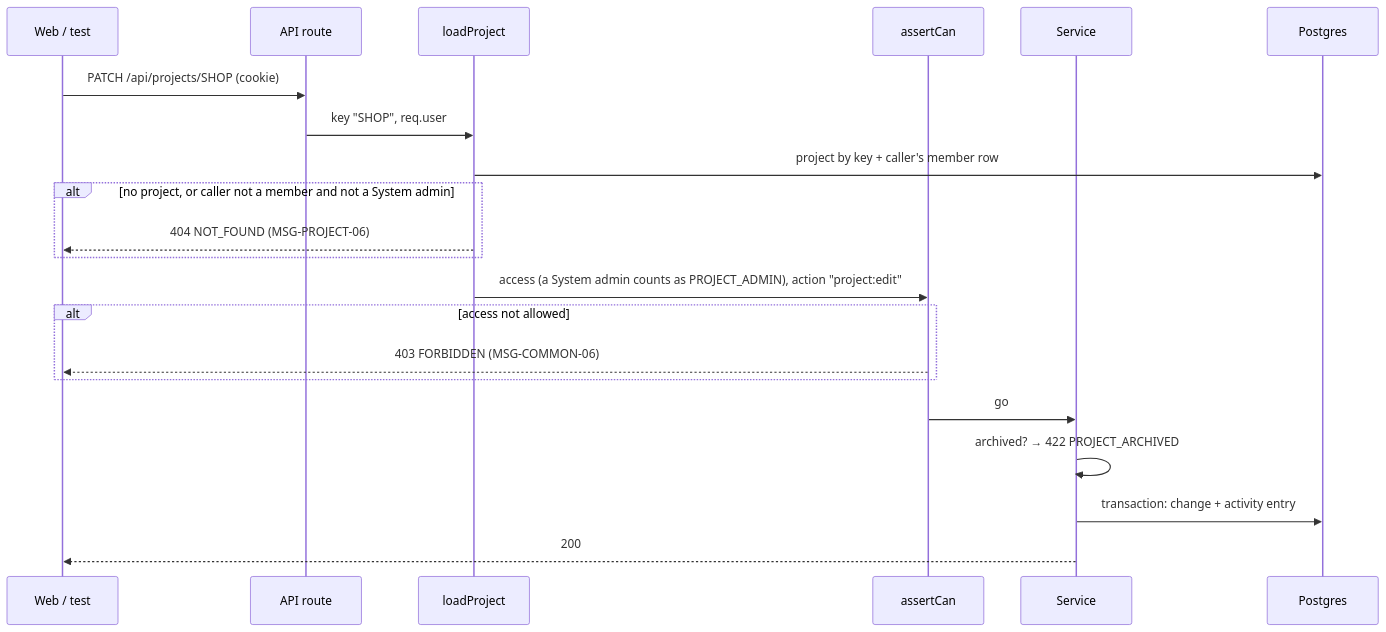
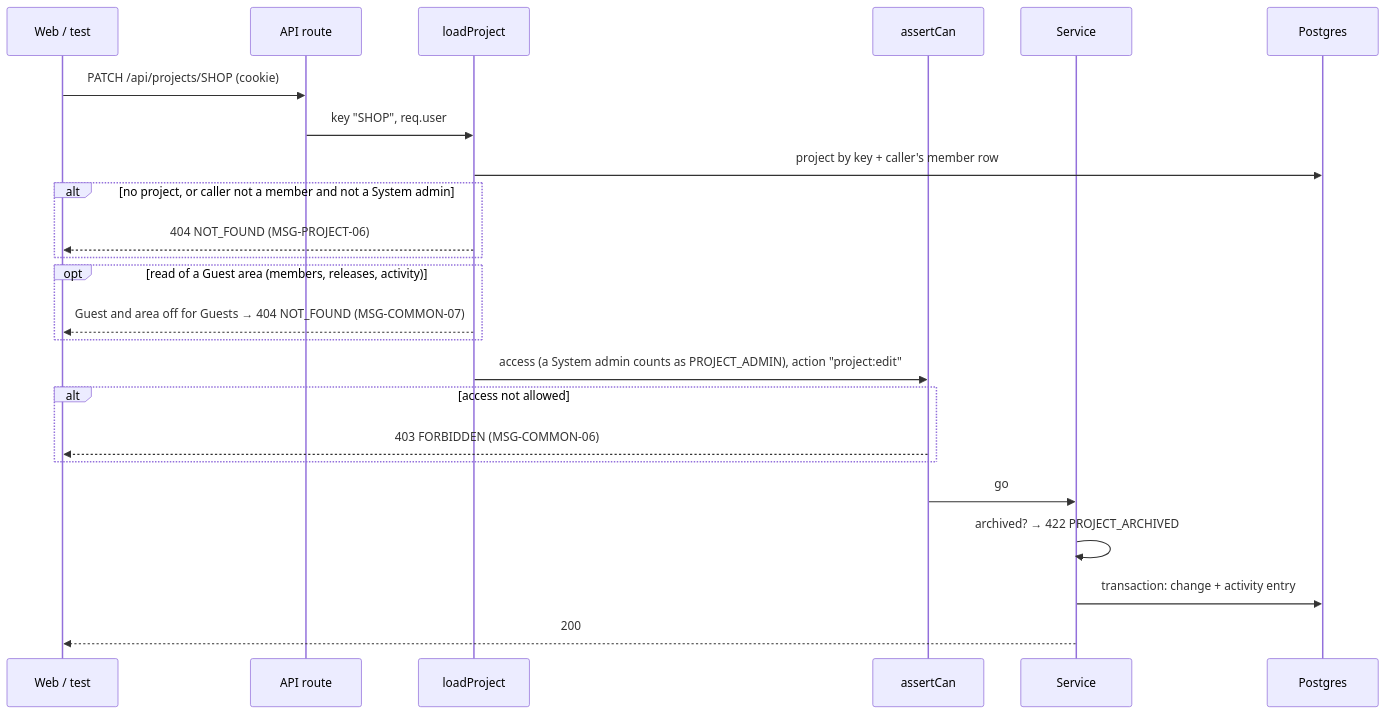
One commit to RITA-CHANN/qa-work-management changed the diagram in docs/design/detail/logic/DD-PROJECT-01-permissions.md. Above: the diagram before and after it, drawn with Mermaid. The commit also changed other lines of this file and 49 other files, not shown here.

````diff
--- a/docs/design/detail/logic/DD-PROJECT-01-permissions.md
+++ b/docs/design/detail/logic/DD-PROJECT-01-permissions.md
@@ -54,23 +73,26 @@
 ```mermaid
 sequenceDiagram
     participant W as Web / test
     participant A as API route
     participant L as loadProject
     participant P as assertCan
     participant S as Service
     participant DB as Postgres
     W->>A: PATCH /api/projects/SHOP (cookie)
     A->>L: key "SHOP", req.user
     L->>DB: project by key + caller's member row
     alt no project, or caller not a member and not a System admin
         L-->>W: 404 NOT_FOUND (MSG-PROJECT-06)
     end
+    opt read of a Guest area (members, releases, activity)
+        L-->>W: Guest and area off for Guests → 404 NOT_FOUND (MSG-COMMON-07)
+    end
     L->>P: access (a System admin counts as PROJECT_ADMIN), action "project:edit"
     alt access not allowed
         P-->>W: 403 FORBIDDEN (MSG-COMMON-06)
     end
     P->>S: go
     S->>S: archived? → 422 PROJECT_ARCHIVED
     S->>DB: transaction: change + activity entry
     S-->>W: 200
 ```
````
